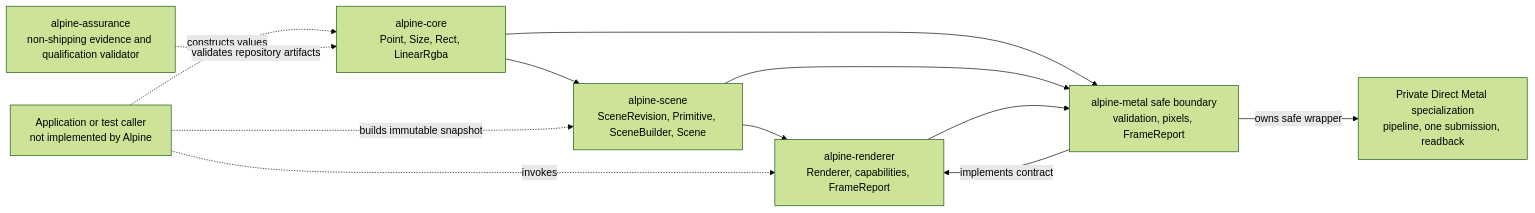
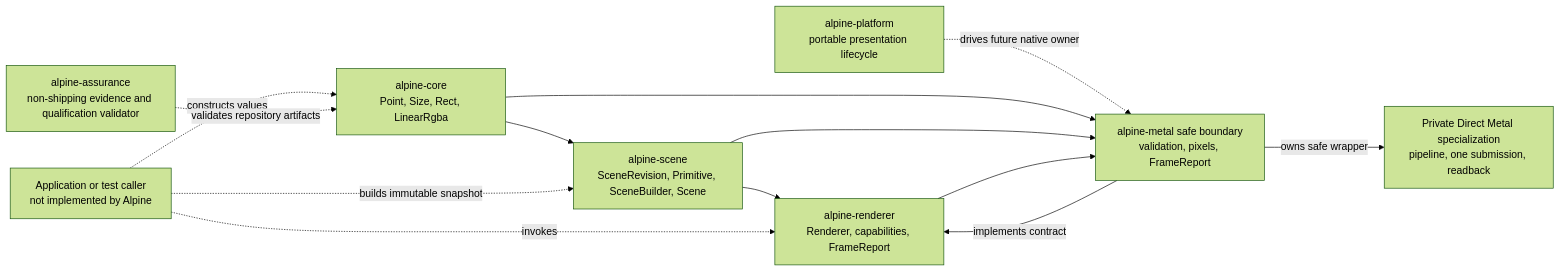
Before and after one commit to dbuddha/alpine-gpui: the first of 7 diagrams in ARCHITECTURE.md, drawn with Mermaid (forest theme). The commit also changed other lines of this file and 10 other files, not shown here.

First line of the commit message:
feat(platform): verify presentation transitions

````diff
--- a/ARCHITECTURE.md
+++ b/ARCHITECTURE.md
@@ -20,21 +21,23 @@
 ```mermaid
 flowchart LR
     caller["Application or test caller<br/>not implemented by Alpine"]
     core["alpine-core<br/>Point, Size, Rect, LinearRgba"]
     scene["alpine-scene<br/>SceneRevision, Primitive, SceneBuilder, Scene"]
     renderer["alpine-renderer<br/>Renderer, capabilities, FrameReport"]
+    platform["alpine-platform<br/>portable presentation lifecycle"]
     metal["alpine-metal safe boundary<br/>validation, pixels, FrameReport"]
     native["Private Direct Metal specialization<br/>pipeline, one submission, readback"]
     assurance["alpine-assurance<br/>non-shipping evidence and qualification validator"]
 
     core --> scene --> renderer
+    platform -. "drives future native owner" .-> metal
     core --> metal
     scene --> metal
     renderer --> metal
     metal -->|"implements contract"| renderer
     metal -->|"owns safe wrapper"| native
     caller -. "constructs values" .-> core
     caller -. "builds immutable snapshot" .-> scene
     caller -. "invokes" .-> renderer
     assurance -. "validates repository artifacts" .-> core
 ```
````
